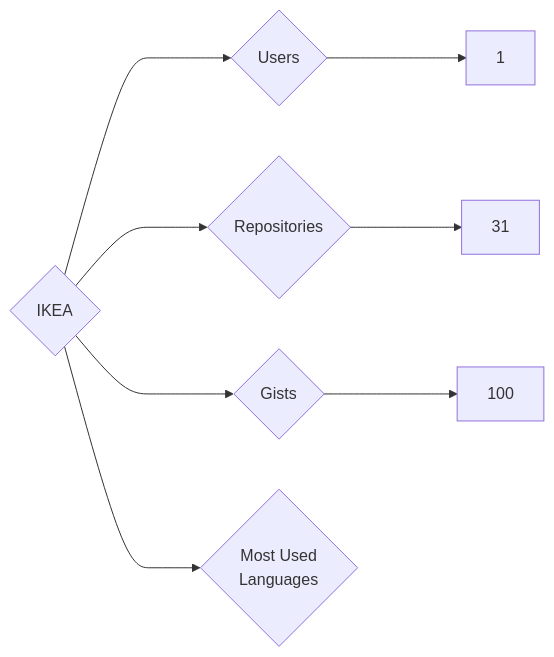
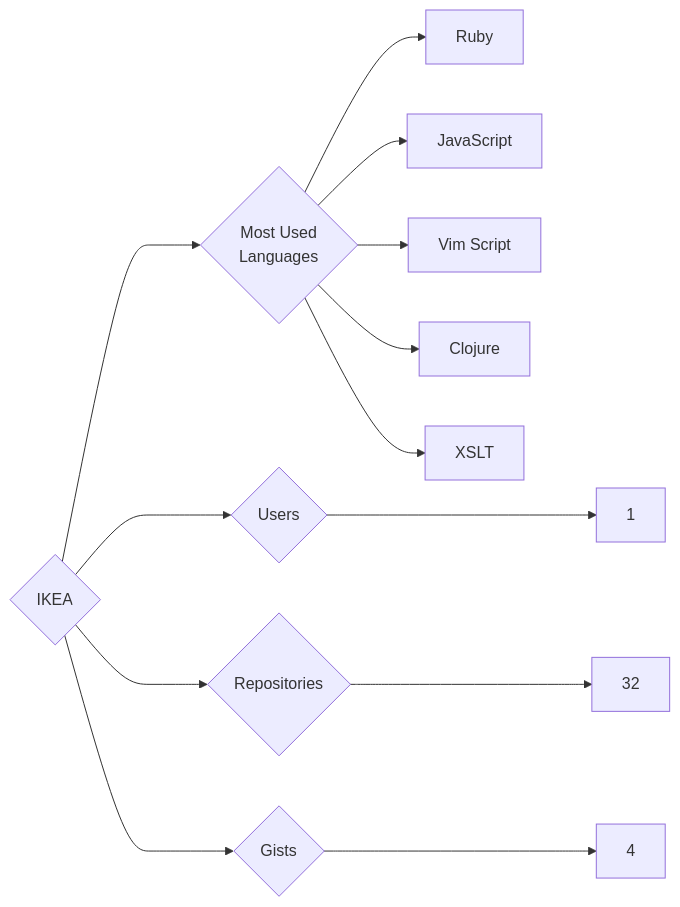
One commit to trickest/insiders changed the diagram in targets/IKEA/README.md. Above: the diagram before and after it, drawn with Mermaid. The commit also changed 1148 other files, not shown here.

````diff
--- a/targets/IKEA/README.md
+++ b/targets/IKEA/README.md
@@ -3,8 +3,13 @@
 ```mermaid
 graph LR
 COMPANY_NAME{IKEA}
 COMPANY_NAME ---> U{Users} ---> UN[1]
-COMPANY_NAME ---> R{Repositories} ---> RN[31]
-COMPANY_NAME ---> G{Gists} ---> GN[100]
+COMPANY_NAME ---> R{Repositories} ---> RN[32]
+COMPANY_NAME ---> G{Gists} ---> GN[4]
 COMPANY_NAME ---> ML{Most Used<br>Languages}
+ML --> Ruby[Ruby]
+ML --> JavaScript[JavaScript]
+ML --> Vim_Script[Vim Script]
+ML --> Clojure[Clojure]
+ML --> XSLT[XSLT]
 ```
````
